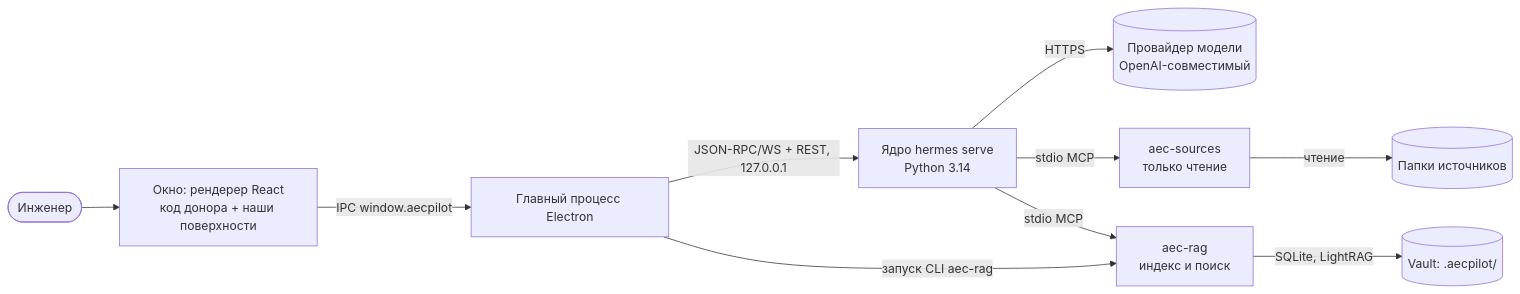
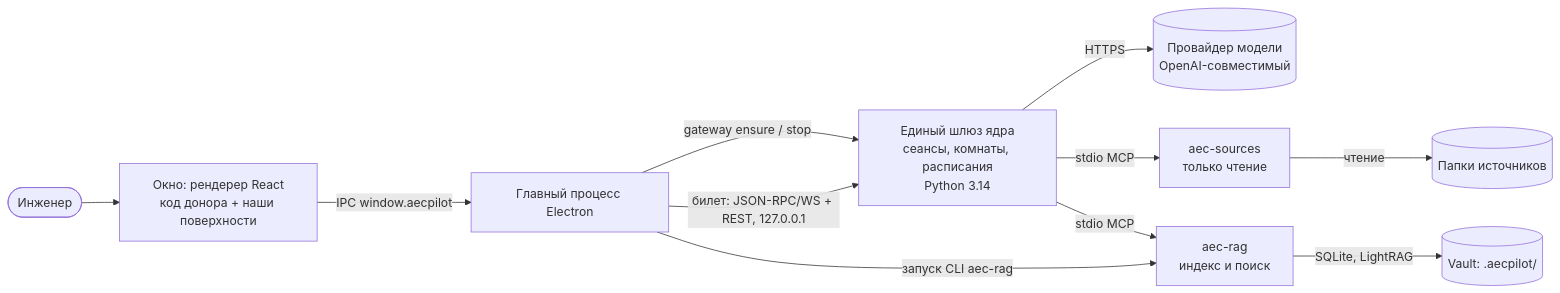
One commit to EvgenVer/AECPilot changed the first of 2 diagrams in docs/ARCHITECTURE.md. Above: the diagram before and after it, drawn with Mermaid. The commit also changed other lines of this file and 10 other files, not shown here.

First line of the commit message:
docs: describe the single core gateway, the server pair and tickets (T53.5)

````diff
--- a/docs/ARCHITECTURE.md
+++ b/docs/ARCHITECTURE.md
@@ -30,12 +33,13 @@
 ```mermaid
 flowchart LR
   user([Инженер]) --> win[Окно: рендерер React<br/>код донора + наши поверхности]
   win -->|IPC window.aecpilot| main[Главный процесс Electron]
-  main -->|JSON-RPC/WS + REST, 127.0.0.1| core[Ядро hermes serve<br/>Python 3.14]
+  main -->|gateway ensure / stop| core
+  main -->|билет: JSON-RPC/WS + REST, 127.0.0.1| core[Единый шлюз ядра<br/>сеансы, комнаты, расписания<br/>Python 3.14]
   core -->|HTTPS| llm[(Провайдер модели<br/>OpenAI-совместимый)]
   core -->|stdio MCP| src[aec-sources<br/>только чтение]
   core -->|stdio MCP| rag[aec-rag<br/>индекс и поиск]
   src -->|чтение| folders[(Папки источников)]
   rag -->|SQLite, LightRAG| vault[(Vault: .aecpilot/)]
   main -->|запуск CLI aec-rag| rag
 ```
````
